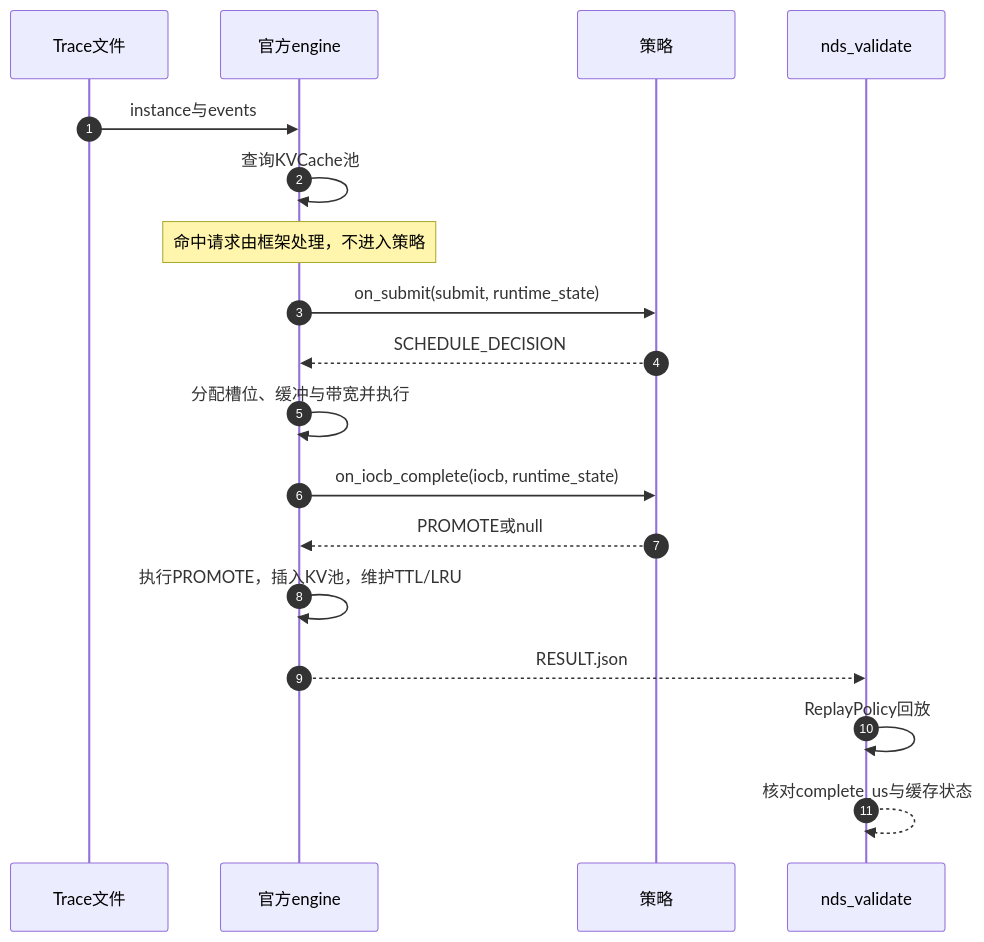
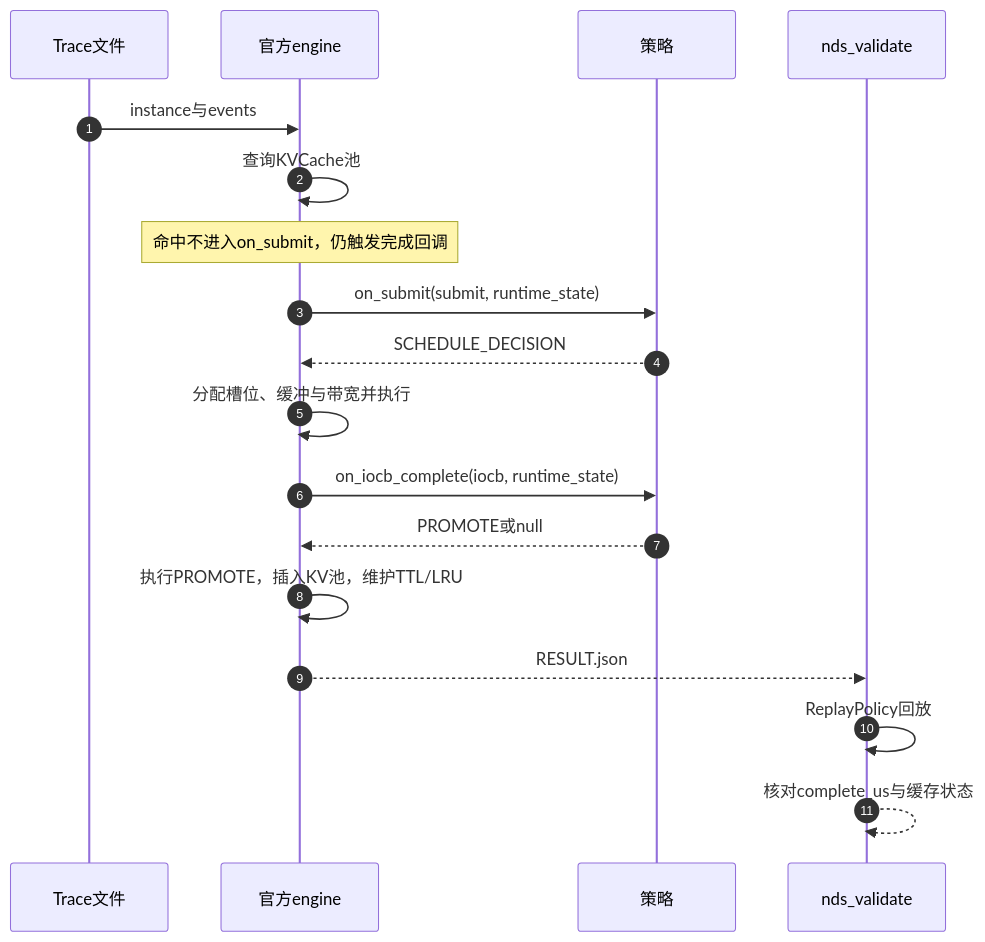
One commit to dpj135/hackathon changed the diagram in submissions/kaisennhu/03_输入输出说明/输入输出格式.md. Above: the diagram before and after it, drawn with Mermaid. The commit also changed other lines of this file and 11 other files, not shown here.

````diff
--- a/submissions/kaisennhu/03_输入输出说明/输入输出格式.md
+++ b/submissions/kaisennhu/03_输入输出说明/输入输出格式.md
@@ -17,20 +17,20 @@
 ```mermaid
 sequenceDiagram
     autonumber
     participant T as Trace文件
     participant E as 官方engine
     participant P as 策略
     participant V as nds_validate
     T->>E: instance与events
     E->>E: 查询KVCache池
-    Note over E: 命中请求由框架处理，不进入策略
+    Note over E: 命中不进入on_submit，仍触发完成回调
     E->>P: on_submit(submit, runtime_state)
     P-->>E: SCHEDULE_DECISION
     E->>E: 分配槽位、缓冲与带宽并执行
     E->>P: on_iocb_complete(iocb, runtime_state)
     P-->>E: PROMOTE或null
     E->>E: 执行PROMOTE，插入KV池，维护TTL/LRU
     E-->>V: RESULT.json
     V->>V: ReplayPolicy回放
     V-->>V: 核对complete_us与缓存状态
 ```
````
